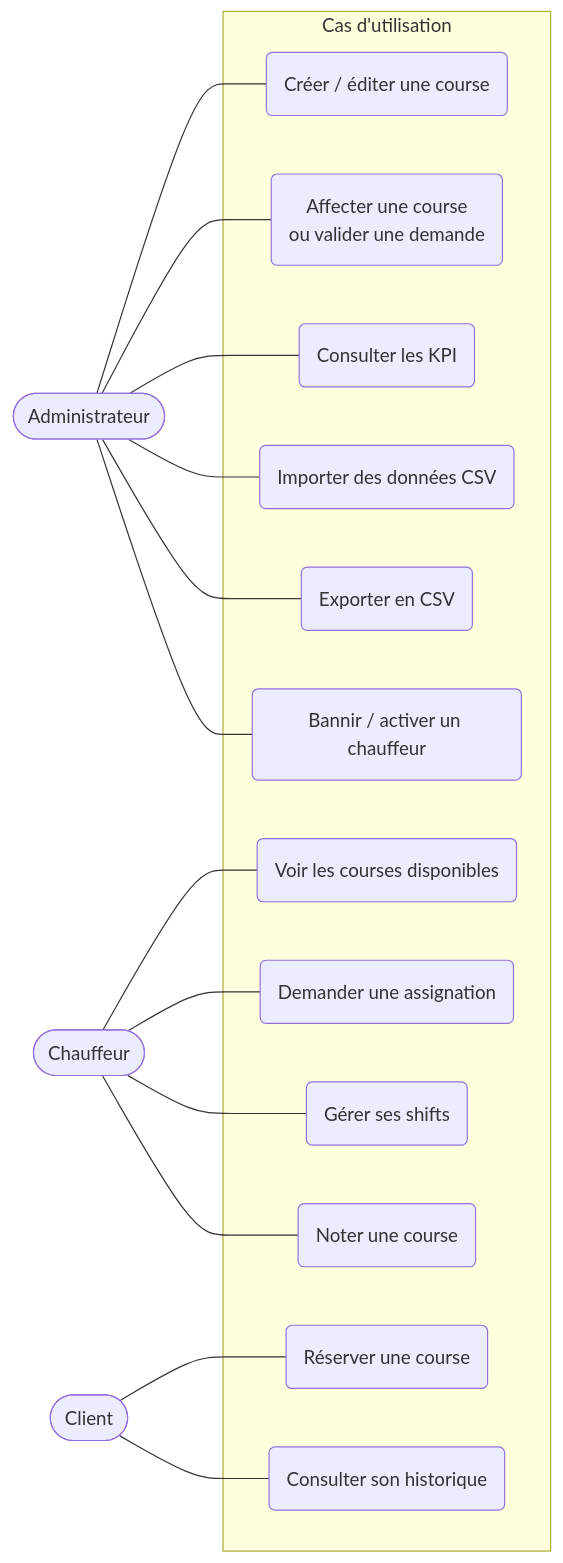
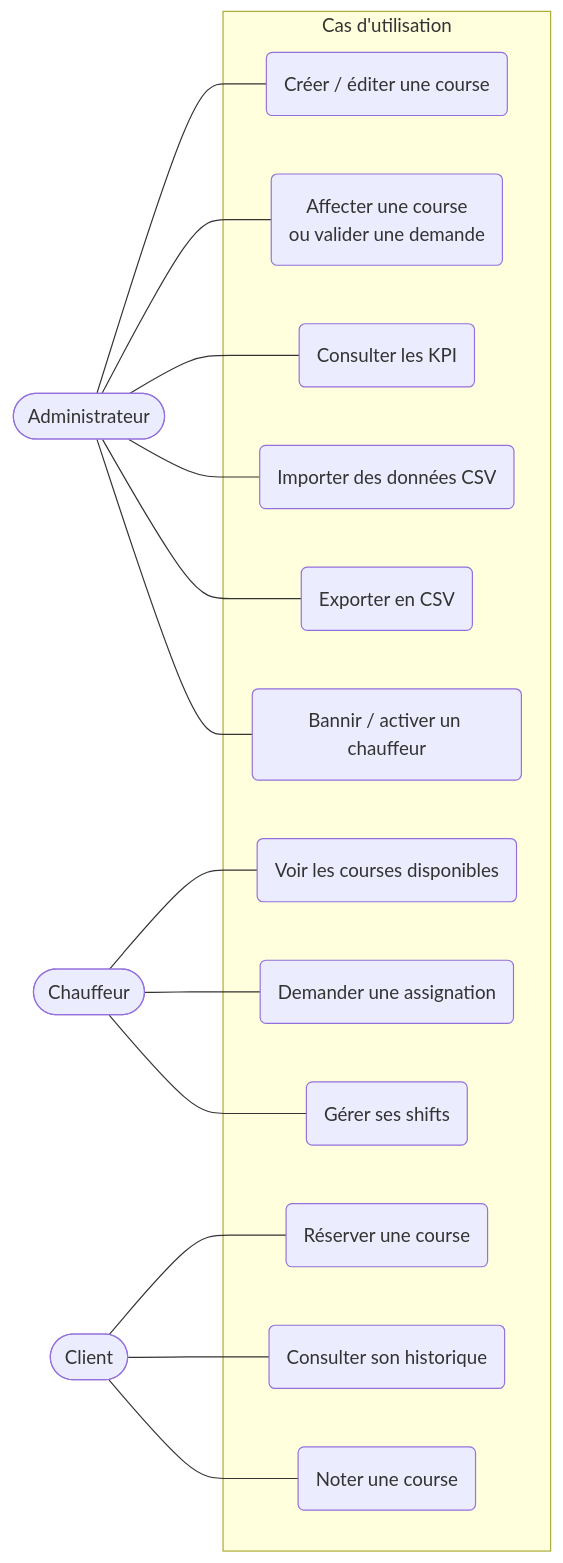
One commit to Mamoru-fr/AMT-Express changed the second of 13 diagrams in documents/dossiers/dossierProjet/dossierProjetRNCP.md. Above: the diagram before and after it, drawn with Mermaid. The commit also changed other lines of this file, not shown here.

Commit message:
fix(review anais0210): UC12 -> Client, activité requalifiée cible (alignée §7.4), Rating retiré, cardinalités corrigées, FK simples, -.->, infra push->Actions->Vercel, notes Merise/UML

````diff
--- a/documents/dossiers/dossierProjet/dossierProjetRNCP.md
+++ b/documents/dossiers/dossierProjet/dossierProjetRNCP.md
@@ -200,25 +200,25 @@
 ```mermaid
 flowchart LR
     Admin([Administrateur])
     Driver([Chauffeur])
     Customer([Client])
 
     subgraph UC[Cas d'utilisation]
         UC1(Créer / éditer une course)
         UC2(Affecter une course<br/>ou valider une demande)
         UC3(Consulter les KPI)
         UC4(Importer des données CSV)
         UC5(Exporter en CSV)
         UC6(Bannir / activer un chauffeur)
         UC7(Voir les courses disponibles)
         UC8(Demander une assignation)
         UC9(Gérer ses shifts)
         UC10(Réserver une course)
         UC11(Consulter son historique)
         UC12(Noter une course)
     end
 
     Admin --- UC1 & UC2 & UC3 & UC4 & UC5 & UC6
-    Driver --- UC7 & UC8 & UC9 & UC12
-    Customer --- UC10 & UC11
+    Driver --- UC7 & UC8 & UC9
+    Customer --- UC10 & UC11 & UC12
 ```
````
